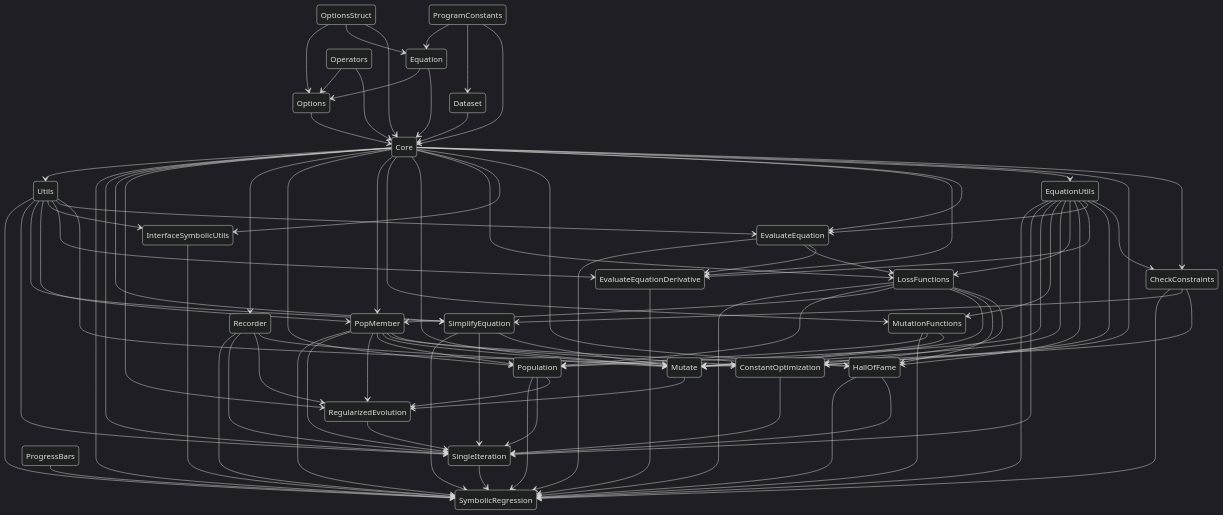
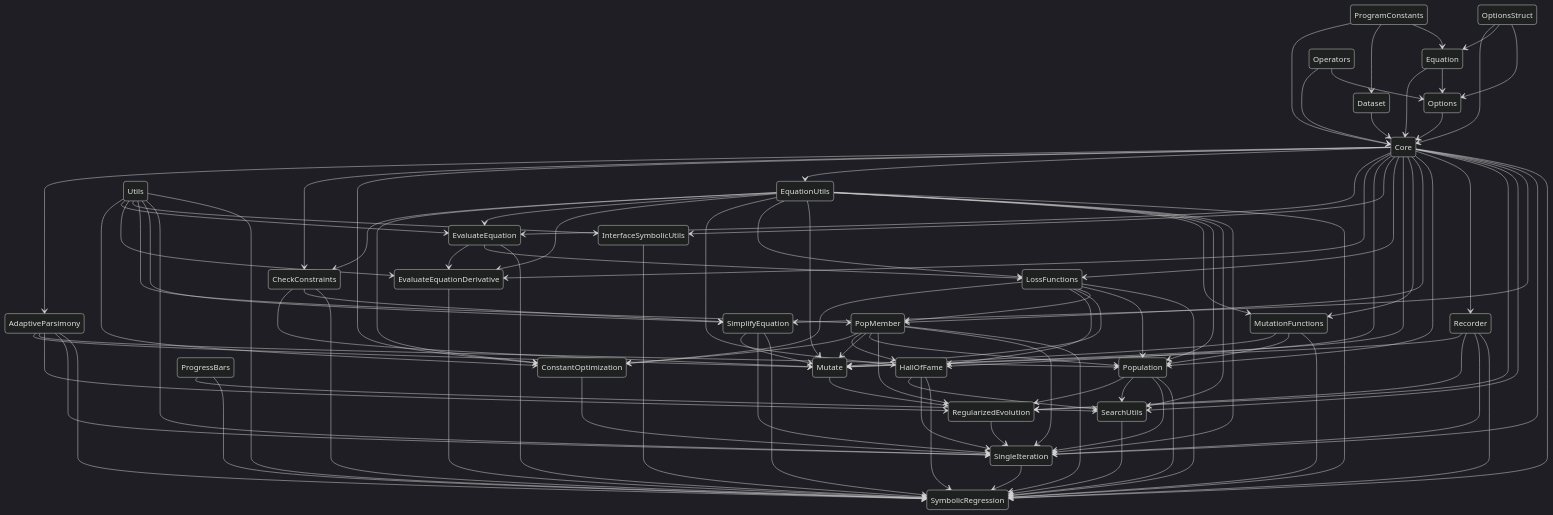
One commit to MilesCranmer/SymbolicRegression.jl changed the diagram in README.md. Above: the diagram before and after it, drawn with Mermaid (dark theme).

Commit message:
Update dependency tree

````diff
--- a/README.md
+++ b/README.md
@@ -125,9 +125,15 @@
 ```mermaid
 stateDiagram-v2
+AdaptiveParsimony --> Mutate
+AdaptiveParsimony --> Population
+AdaptiveParsimony --> RegularizedEvolution
+AdaptiveParsimony --> SingleIteration
+AdaptiveParsimony --> SymbolicRegression
 CheckConstraints --> Mutate
 CheckConstraints --> SimplifyEquation
 CheckConstraints --> SymbolicRegression
 ConstantOptimization --> SingleIteration
+Core --> AdaptiveParsimony
 Core --> CheckConstraints
 Core --> ConstantOptimization
 Core --> EquationUtils
@@ -142,10 +148,10 @@
 Core --> Population
 Core --> Recorder
 Core --> RegularizedEvolution
+Core --> SearchUtils
 Core --> SimplifyEquation
 Core --> SingleIteration
 Core --> SymbolicRegression
-Core --> Utils
 Dataset --> Core
 Equation --> Core
 Equation --> Options
@@ -158,12 +164,14 @@
 EquationUtils --> Mutate
 EquationUtils --> MutationFunctions
 EquationUtils --> Population
+EquationUtils --> SearchUtils
 EquationUtils --> SingleIteration
 EquationUtils --> SymbolicRegression
 EvaluateEquation --> EvaluateEquationDerivative
 EvaluateEquation --> LossFunctions
 EvaluateEquation --> SymbolicRegression
 EvaluateEquationDerivative --> SymbolicRegression
+HallOfFame --> SearchUtils
 HallOfFame --> SingleIteration
 HallOfFame --> SymbolicRegression
 InterfaceSymbolicUtils --> SymbolicRegression
@@ -191,17 +199,20 @@
 PopMember --> SingleIteration
 PopMember --> SymbolicRegression
 Population --> RegularizedEvolution
+Population --> SearchUtils
 Population --> SingleIteration
 Population --> SymbolicRegression
 ProgramConstants --> Core
 ProgramConstants --> Dataset
 ProgramConstants --> Equation
+ProgressBars --> SearchUtils
 ProgressBars --> SymbolicRegression
 Recorder --> Mutate
 Recorder --> RegularizedEvolution
 Recorder --> SingleIteration
 Recorder --> SymbolicRegression
 RegularizedEvolution --> SingleIteration
+SearchUtils --> SymbolicRegression
 SimplifyEquation --> Mutate
 SimplifyEquation --> SingleIteration
 SimplifyEquation --> SymbolicRegression
````
